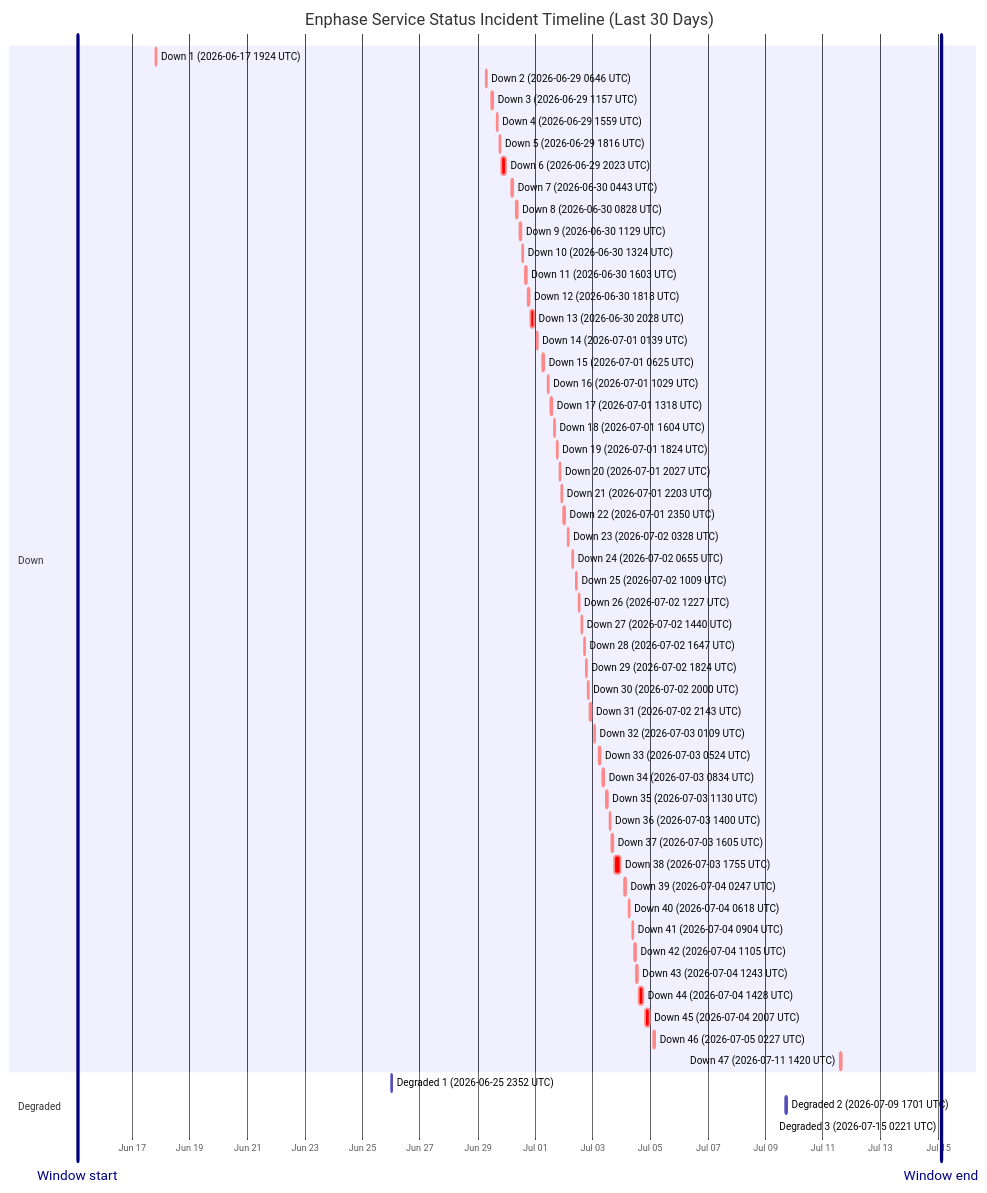
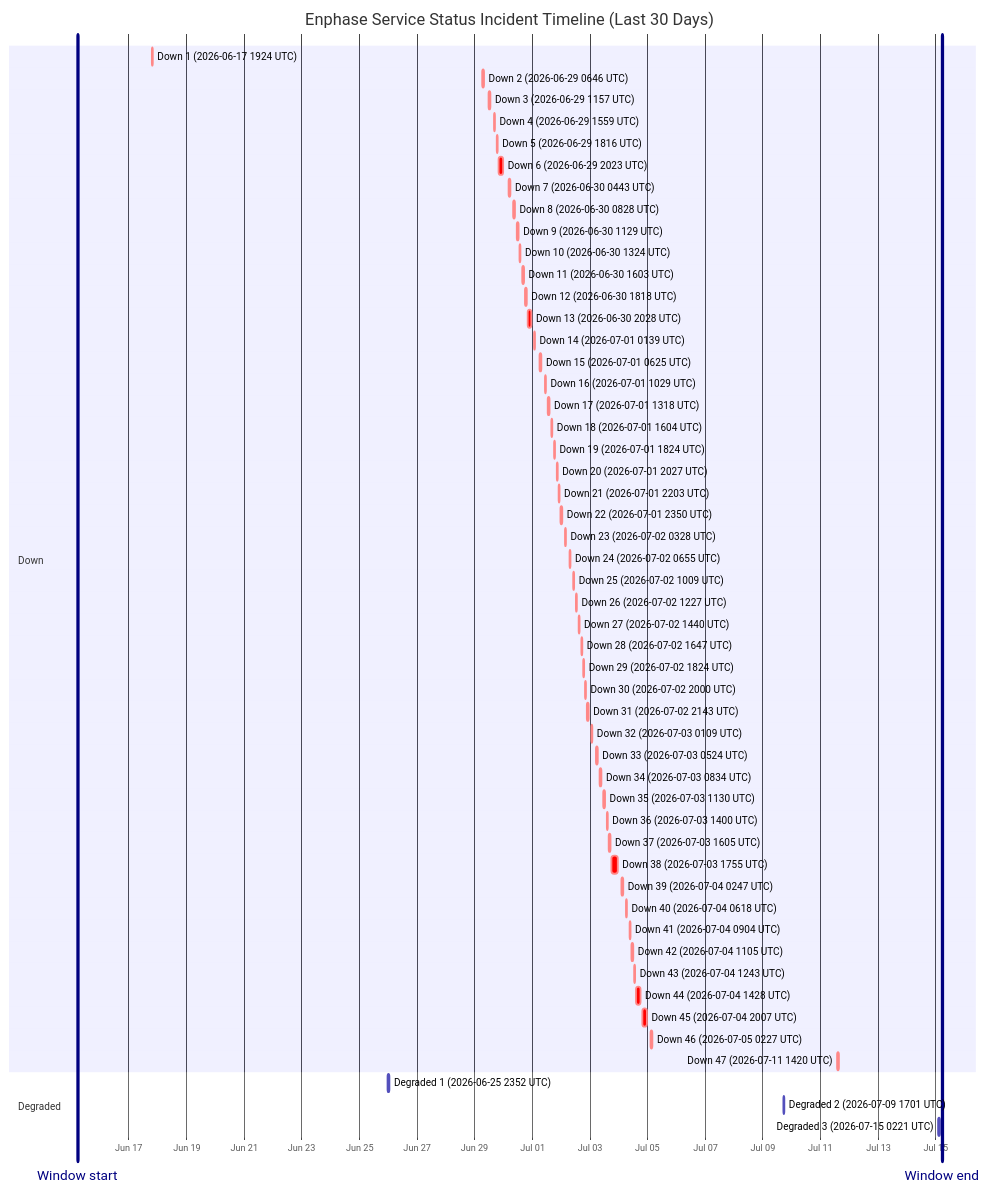
Before and after one commit to barneyonline/ha-enphase-energy: the diagram in wiki/Service-Status-History.md, drawn with Mermaid. The commit also changed other lines of this file and 5 other files, not shown here.

````diff
--- a/wiki/Service-Status-History.md
+++ b/wiki/Service-Status-History.md
@@ -14,60 +14,60 @@
 ```mermaid
 gantt
     title Enphase Service Status Incident Timeline (Last 30 Days)
     dateFormat  YYYY-MM-DDTHH:mm:ss
     axisFormat  %b %d
-    Window start :vert, window-start, 2026-06-15T02:21:35, 0ms
-    Window end :vert, window-end, 2026-07-15T02:21:35, 0ms
+    Window start :vert, window-start, 2026-06-15T05:14:00, 0ms
+    Window end :vert, window-end, 2026-07-15T05:14:00, 0ms
     section Down
     Down 1 (2026-06-17 1924 UTC) :crit, down-1, 2026-06-17T19:24:51, 60m
     Down 2 (2026-06-29 0646 UTC) :crit, down-2, 2026-06-29T06:46:18, 60m
     Down 3 (2026-06-29 1157 UTC) :crit, down-3, 2026-06-29T11:57:36, 60m
     Down 4 (2026-06-29 1559 UTC) :crit, down-4, 2026-06-29T15:59:02, 60m
     Down 5 (2026-06-29 1816 UTC) :crit, down-5, 2026-06-29T18:16:38, 60m
     Down 6 (2026-06-29 2023 UTC) :crit, down-6, 2026-06-29T20:23:16, 220m
     Down 7 (2026-06-30 0443 UTC) :crit, down-7, 2026-06-30T04:43:54, 60m
     Down 8 (2026-06-30 0828 UTC) :crit, down-8, 2026-06-30T08:28:43, 60m
     Down 9 (2026-06-30 1129 UTC) :crit, down-9, 2026-06-30T11:29:15, 60m
     Down 10 (2026-06-30 1324 UTC) :crit, down-10, 2026-06-30T13:24:25, 60m
     Down 11 (2026-06-30 1603 UTC) :crit, down-11, 2026-06-30T16:03:26, 60m
     Down 12 (2026-06-30 1818 UTC) :crit, down-12, 2026-06-30T18:18:39, 60m
     Down 13 (2026-06-30 2028 UTC) :crit, down-13, 2026-06-30T20:28:54, 171m
     Down 14 (2026-07-01 0139 UTC) :crit, down-14, 2026-07-01T01:39:18, 60m
     Down 15 (2026-07-01 0625 UTC) :crit, down-15, 2026-07-01T06:25:35, 60m
     Down 16 (2026-07-01 1029 UTC) :crit, down-16, 2026-07-01T10:29:24, 60m
     Down 17 (2026-07-01 1318 UTC) :crit, down-17, 2026-07-01T13:18:31, 60m
     Down 18 (2026-07-01 1604 UTC) :crit, down-18, 2026-07-01T16:04:29, 60m
     Down 19 (2026-07-01 1824 UTC) :crit, down-19, 2026-07-01T18:24:21, 60m
     Down 20 (2026-07-01 2027 UTC) :crit, down-20, 2026-07-01T20:27:17, 60m
     Down 21 (2026-07-01 2203 UTC) :crit, down-21, 2026-07-01T22:03:46, 60m
     Down 22 (2026-07-01 2350 UTC) :crit, down-22, 2026-07-01T23:50:52, 60m
     Down 23 (2026-07-02 0328 UTC) :crit, down-23, 2026-07-02T03:28:33, 60m
     Down 24 (2026-07-02 0655 UTC) :crit, down-24, 2026-07-02T06:55:07, 60m
     Down 25 (2026-07-02 1009 UTC) :crit, down-25, 2026-07-02T10:09:15, 60m
     Down 26 (2026-07-02 1227 UTC) :crit, down-26, 2026-07-02T12:27:49, 60m
     Down 27 (2026-07-02 1440 UTC) :crit, down-27, 2026-07-02T14:40:53, 60m
     Down 28 (2026-07-02 1647 UTC) :crit, down-28, 2026-07-02T16:47:47, 60m
     Down 29 (2026-07-02 1824 UTC) :crit, down-29, 2026-07-02T18:24:26, 60m
     Down 30 (2026-07-02 2000 UTC) :crit, down-30, 2026-07-02T20:00:57, 60m
     Down 31 (2026-07-02 2143 UTC) :crit, down-31, 2026-07-02T21:43:52, 80m
     Down 32 (2026-07-03 0109 UTC) :crit, down-32, 2026-07-03T01:09:19, 60m
     Down 33 (2026-07-03 0524 UTC) :crit, down-33, 2026-07-03T05:24:23, 60m
     Down 34 (2026-07-03 0834 UTC) :crit, down-34, 2026-07-03T08:34:05, 60m
     Down 35 (2026-07-03 1130 UTC) :crit, down-35, 2026-07-03T11:30:41, 60m
     Down 36 (2026-07-03 1400 UTC) :crit, down-36, 2026-07-03T14:00:48, 60m
     Down 37 (2026-07-03 1605 UTC) :crit, down-37, 2026-07-03T16:05:49, 60m
     Down 38 (2026-07-03 1755 UTC) :crit, down-38, 2026-07-03T17:55:54, 338m
     Down 39 (2026-07-04 0247 UTC) :crit, down-39, 2026-07-04T02:47:22, 60m
     Down 40 (2026-07-04 0618 UTC) :crit, down-40, 2026-07-04T06:18:09, 60m
     Down 41 (2026-07-04 0904 UTC) :crit, down-41, 2026-07-04T09:04:41, 60m
     Down 42 (2026-07-04 1105 UTC) :crit, down-42, 2026-07-04T11:05:21, 60m
     Down 43 (2026-07-04 1243 UTC) :crit, down-43, 2026-07-04T12:43:25, 60m
     Down 44 (2026-07-04 1428 UTC) :crit, down-44, 2026-07-04T14:28:07, 243m
     Down 45 (2026-07-04 2007 UTC) :crit, down-45, 2026-07-04T20:07:50, 206m
     Down 46 (2026-07-05 0227 UTC) :crit, down-46, 2026-07-05T02:27:32, 109m
     Down 47 (2026-07-11 1420 UTC) :crit, down-47, 2026-07-11T14:20:54, 69m
     section Degraded
     Degraded 1 (2026-06-25 2352 UTC) :active, degraded-1, 2026-06-25T23:52:01, 60m
     Degraded 2 (2026-07-09 1701 UTC) :active, degraded-2, 2026-07-09T17:01:02, 60m
     Degraded 3 (2026-07-15 0221 UTC) :active, degraded-3, 2026-07-15T02:21:35, 60m
 ```
````
